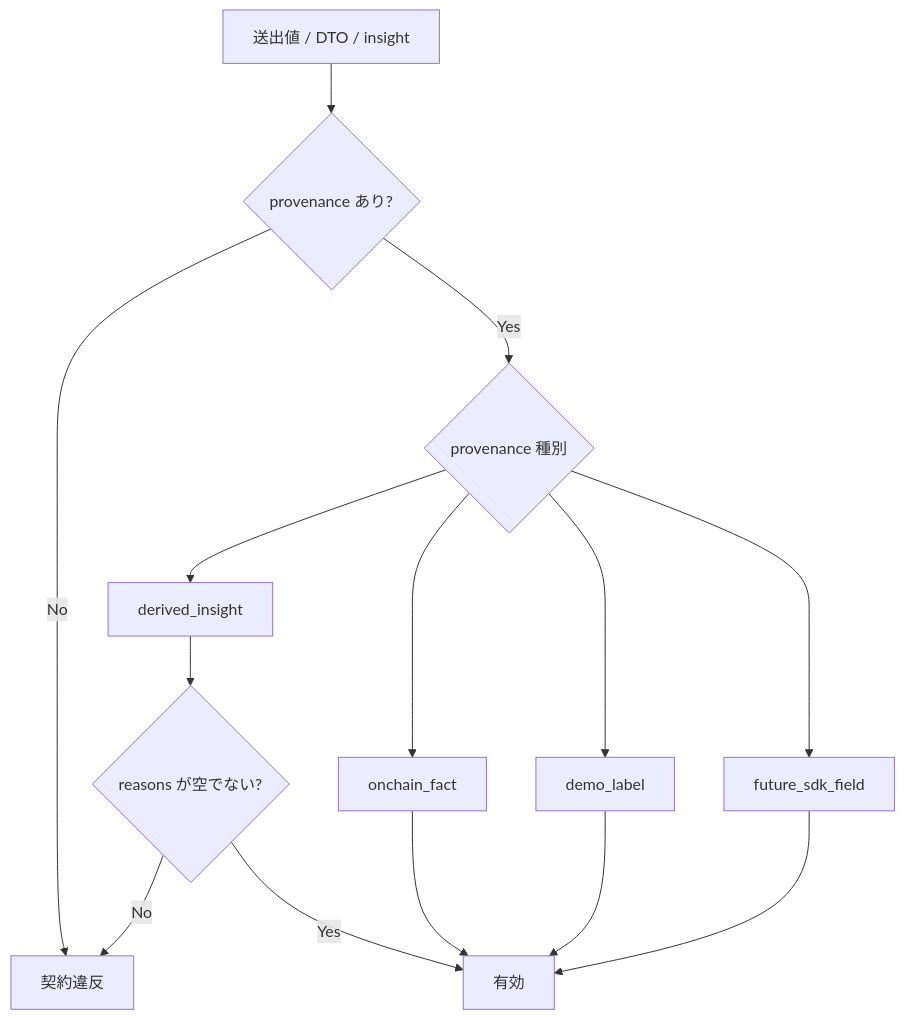
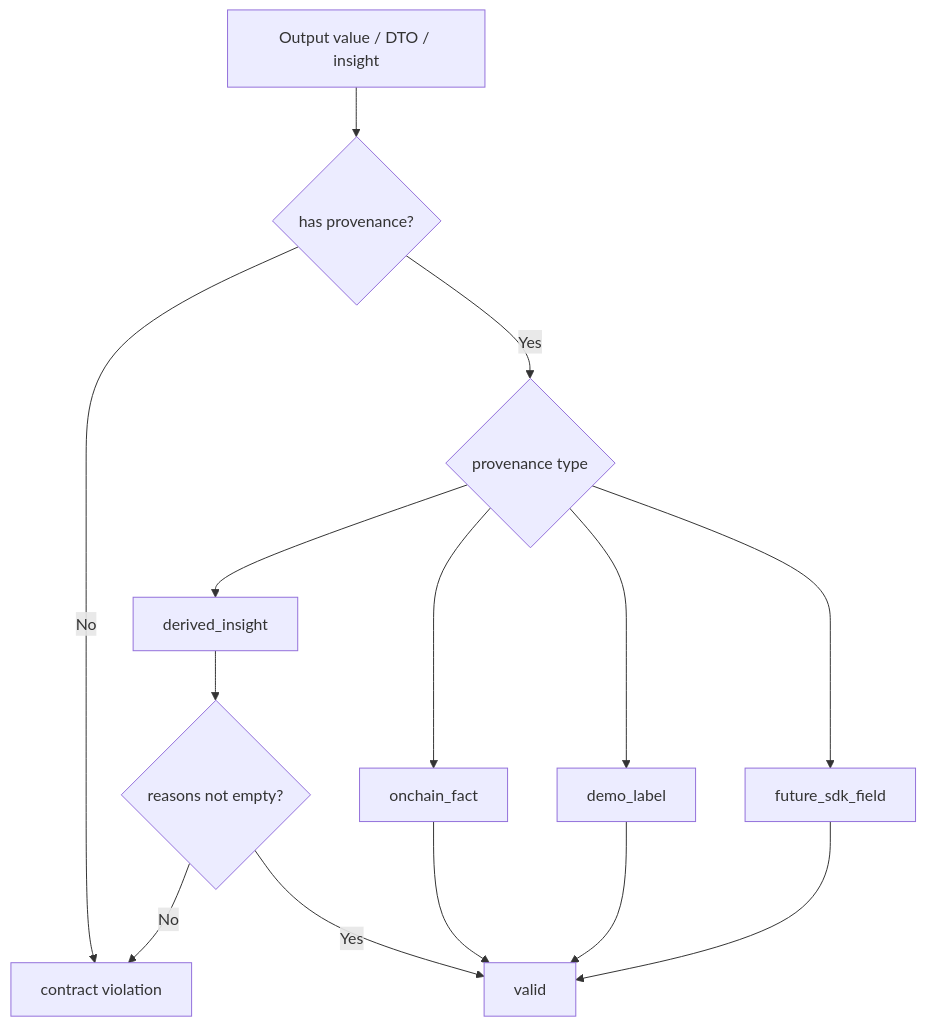
Before and after one commit to flovia/poc: the third of 7 diagrams in docs/phase-b/api-contract.md, drawn with Mermaid. The commit also changed other lines of this file and 54 other files, not shown here.

````diff
--- a/docs/phase-b/api-contract.md
+++ b/docs/phase-b/api-contract.md
@@ -69,20 +69,20 @@
 ```mermaid
 flowchart TD
-    Value["送出値 / DTO / insight"] --> HasProv{"provenance あり?"}
+    Value["Output value / DTO / insight"] --> HasProv{"has provenance?"}
 
-    HasProv -->|No| Invalid["契約違反"]
-    HasProv -->|Yes| ProvType{"provenance 種別"}
+    HasProv -->|No| Invalid["contract violation"]
+    HasProv -->|Yes| ProvType{"provenance type"}
 
     ProvType --> Onchain["onchain_fact"]
     ProvType --> Demo["demo_label"]
     ProvType --> Future["future_sdk_field"]
     ProvType --> Derived["derived_insight"]
 
-    Derived --> HasReasons{"reasons が空でない?"}
-    HasReasons -->|Yes| Valid["有効"]
+    Derived --> HasReasons{"reasons not empty?"}
+    HasReasons -->|Yes| Valid["valid"]
     HasReasons -->|No| Invalid
 
     Onchain --> Valid
     Demo --> Valid
     Future --> Valid
 ```
````
